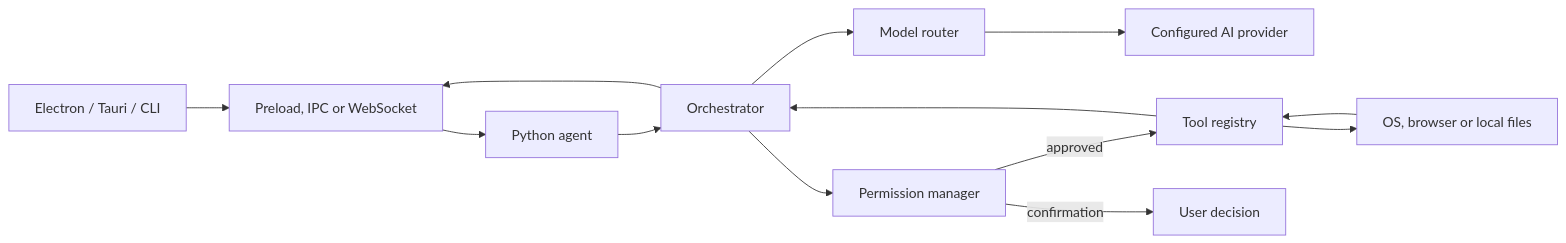
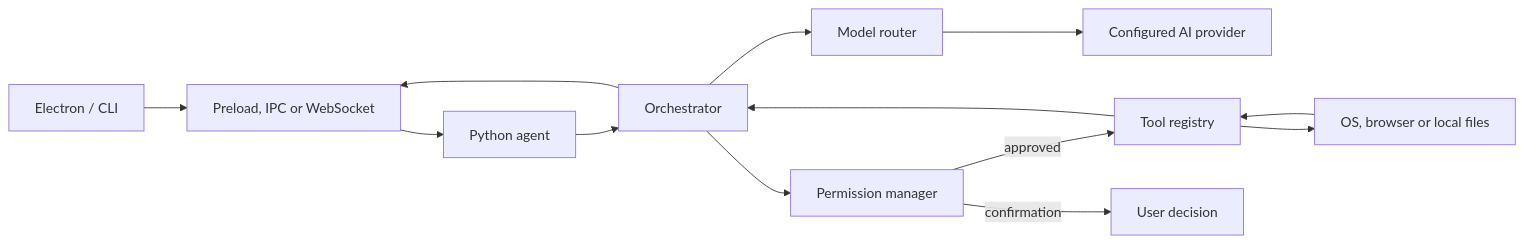
The first of 2 diagrams in docs/PROJECT_FLOW.md (joelpizza0818-blip/Helix-Assitant), drawn with Mermaid before and after one commit. The commit also changed other lines of this file and 121 other files, not shown here.

````diff
--- a/docs/PROJECT_FLOW.md
+++ b/docs/PROJECT_FLOW.md
@@ -7,15 +7,15 @@
 ```mermaid
 flowchart LR
-    UI[Electron / Tauri / CLI] --> IPC[Preload, IPC or WebSocket]
+    UI[Electron / CLI] --> IPC[Preload, IPC or WebSocket]
     IPC --> AGENT[Python agent]
     AGENT --> ORCH[Orchestrator]
     ORCH --> ROUTER[Model router]
     ROUTER --> PROVIDER[Configured AI provider]
     ORCH --> PERM[Permission manager]
     PERM -->|approved| TOOL[Tool registry]
     PERM -->|confirmation| USER[User decision]
     TOOL --> OS[OS, browser or local files]
     OS --> TOOL
     TOOL --> ORCH
     ORCH --> IPC
 ```
````
